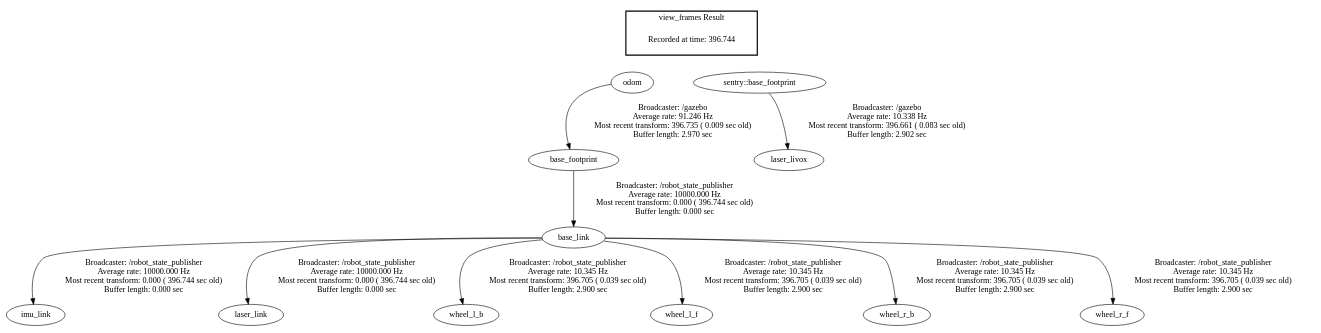
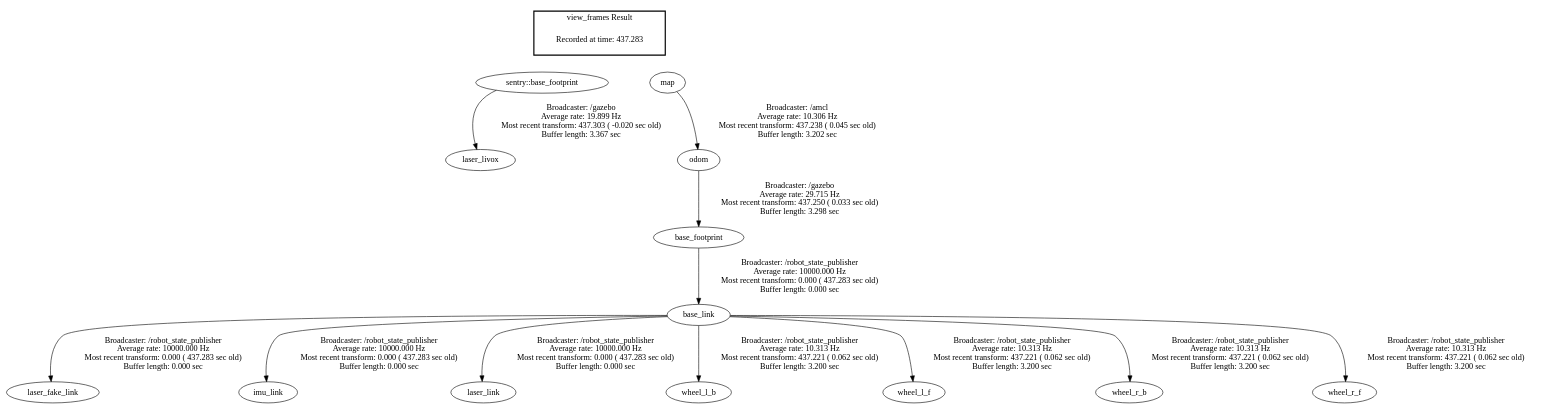
Before and after one commit to yjiuchun/Sentry_sim: the diagram in src/sentry_laser_sim/frames.gv, drawn with Graphviz. The commit also changed 37 other files, not shown here.

```diff
--- a/src/sentry_laser_sim/frames.gv
+++ b/src/sentry_laser_sim/frames.gv
@@ -1,19 +1,21 @@
 digraph G {
-"base_footprint" -> "base_link"[label="Broadcaster: /robot_state_publisher\nAverage rate: 10000.000 Hz\nMost recent transform: 0.000 ( 396.744 sec old)\nBuffer length: 0.000 sec\n"];
-"odom" -> "base_footprint"[label="Broadcaster: /gazebo\nAverage rate: 91.246 Hz\nMost recent transform: 396.735 ( 0.009 sec old)\nBuffer length: 2.970 sec\n"];
-"base_link" -> "imu_link"[label="Broadcaster: /robot_state_publisher\nAverage rate: 10000.000 Hz\nMost recent transform: 0.000 ( 396.744 sec old)\nBuffer length: 0.000 sec\n"];
-"base_link" -> "laser_link"[label="Broadcaster: /robot_state_publisher\nAverage rate: 10000.000 Hz\nMost recent transform: 0.000 ( 396.744 sec old)\nBuffer length: 0.000 sec\n"];
-"sentry::base_footprint" -> "laser_livox"[label="Broadcaster: /gazebo\nAverage rate: 10.338 Hz\nMost recent transform: 396.661 ( 0.083 sec old)\nBuffer length: 2.902 sec\n"];
-"base_link" -> "wheel_l_b"[label="Broadcaster: /robot_state_publisher\nAverage rate: 10.345 Hz\nMost recent transform: 396.705 ( 0.039 sec old)\nBuffer length: 2.900 sec\n"];
-"base_link" -> "wheel_l_f"[label="Broadcaster: /robot_state_publisher\nAverage rate: 10.345 Hz\nMost recent transform: 396.705 ( 0.039 sec old)\nBuffer length: 2.900 sec\n"];
-"base_link" -> "wheel_r_b"[label="Broadcaster: /robot_state_publisher\nAverage rate: 10.345 Hz\nMost recent transform: 396.705 ( 0.039 sec old)\nBuffer length: 2.900 sec\n"];
-"base_link" -> "wheel_r_f"[label="Broadcaster: /robot_state_publisher\nAverage rate: 10.345 Hz\nMost recent transform: 396.705 ( 0.039 sec old)\nBuffer length: 2.900 sec\n"];
+"base_footprint" -> "base_link"[label="Broadcaster: /robot_state_publisher\nAverage rate: 10000.000 Hz\nMost recent transform: 0.000 ( 437.283 sec old)\nBuffer length: 0.000 sec\n"];
+"odom" -> "base_footprint"[label="Broadcaster: /gazebo\nAverage rate: 29.715 Hz\nMost recent transform: 437.250 ( 0.033 sec old)\nBuffer length: 3.298 sec\n"];
+"base_link" -> "laser_fake_link"[label="Broadcaster: /robot_state_publisher\nAverage rate: 10000.000 Hz\nMost recent transform: 0.000 ( 437.283 sec old)\nBuffer length: 0.000 sec\n"];
+"base_link" -> "imu_link"[label="Broadcaster: /robot_state_publisher\nAverage rate: 10000.000 Hz\nMost recent transform: 0.000 ( 437.283 sec old)\nBuffer length: 0.000 sec\n"];
+"base_link" -> "laser_link"[label="Broadcaster: /robot_state_publisher\nAverage rate: 10000.000 Hz\nMost recent transform: 0.000 ( 437.283 sec old)\nBuffer length: 0.000 sec\n"];
+"sentry::base_footprint" -> "laser_livox"[label="Broadcaster: /gazebo\nAverage rate: 19.899 Hz\nMost recent transform: 437.303 ( -0.020 sec old)\nBuffer length: 3.367 sec\n"];
+"map" -> "odom"[label="Broadcaster: /amcl\nAverage rate: 10.306 Hz\nMost recent transform: 437.238 ( 0.045 sec old)\nBuffer length: 3.202 sec\n"];
+"base_link" -> "wheel_l_b"[label="Broadcaster: /robot_state_publisher\nAverage rate: 10.313 Hz\nMost recent transform: 437.221 ( 0.062 sec old)\nBuffer length: 3.200 sec\n"];
+"base_link" -> "wheel_l_f"[label="Broadcaster: /robot_state_publisher\nAverage rate: 10.313 Hz\nMost recent transform: 437.221 ( 0.062 sec old)\nBuffer length: 3.200 sec\n"];
+"base_link" -> "wheel_r_b"[label="Broadcaster: /robot_state_publisher\nAverage rate: 10.313 Hz\nMost recent transform: 437.221 ( 0.062 sec old)\nBuffer length: 3.200 sec\n"];
+"base_link" -> "wheel_r_f"[label="Broadcaster: /robot_state_publisher\nAverage rate: 10.313 Hz\nMost recent transform: 437.221 ( 0.062 sec old)\nBuffer length: 3.200 sec\n"];
 edge [style=invis];
  subgraph cluster_legend { style=bold; color=black; label ="view_frames Result";
-"Recorded at time: 396.744"[ shape=plaintext ] ;
+"Recorded at time: 437.283"[ shape=plaintext ] ;
  }->"sentry::base_footprint";
 edge [style=invis];
  subgraph cluster_legend { style=bold; color=black; label ="view_frames Result";
-"Recorded at time: 396.744"[ shape=plaintext ] ;
- }->"odom";
+"Recorded at time: 437.283"[ shape=plaintext ] ;
+ }->"map";
 }
```
